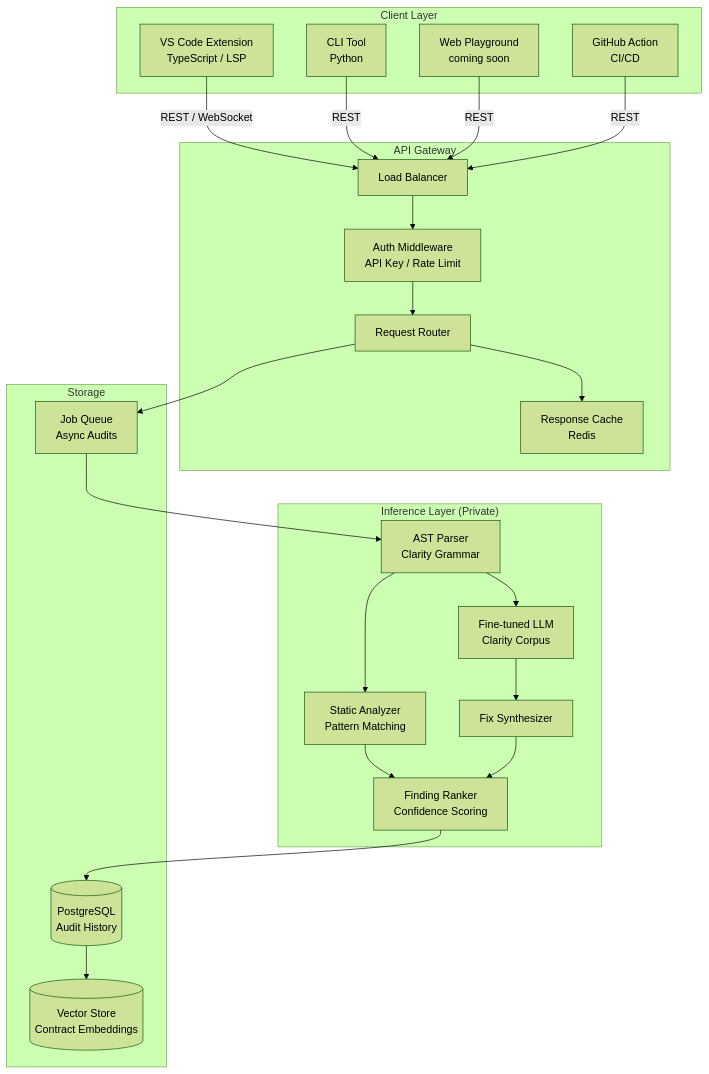
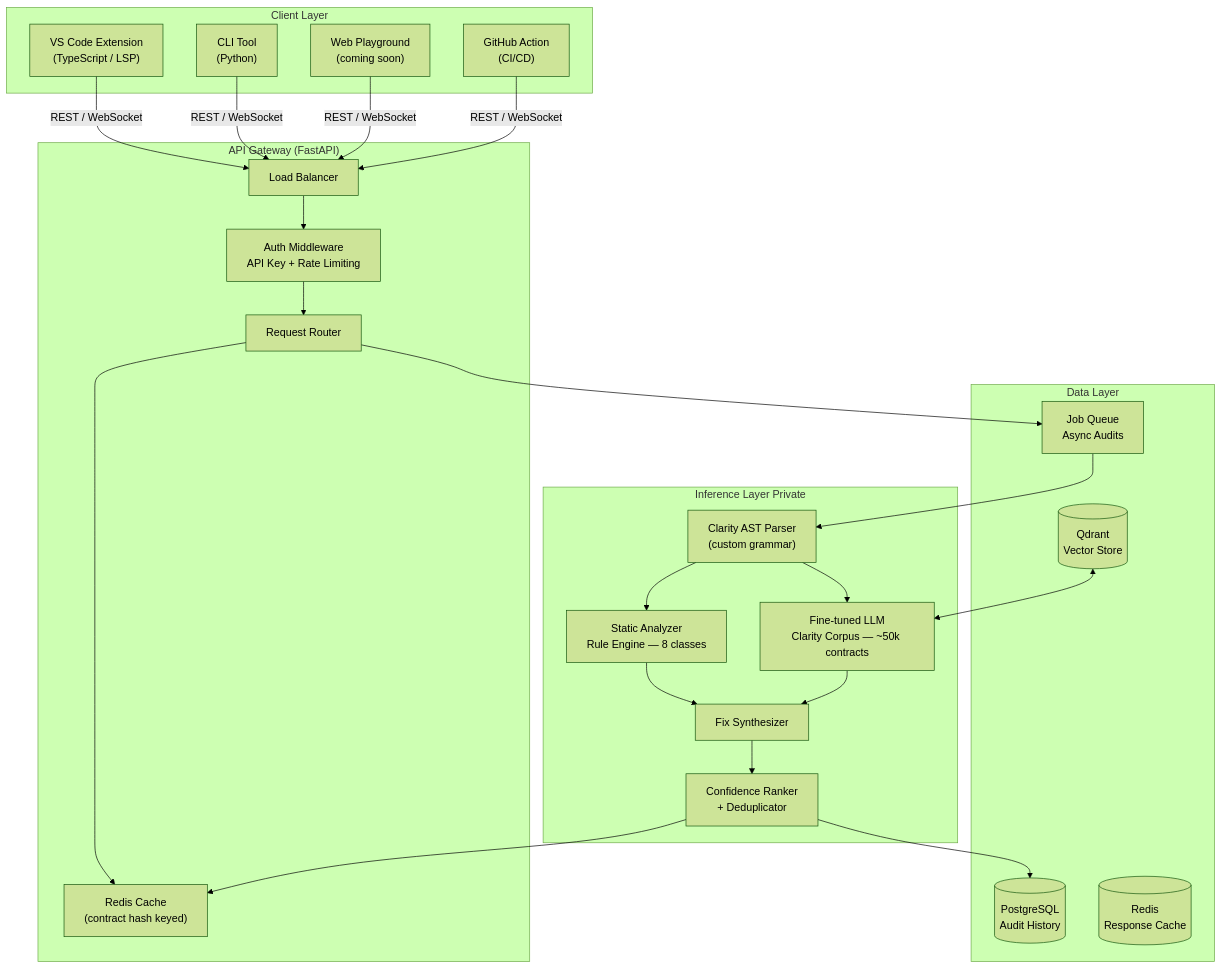
Before and after one commit to Nidhicodes/claritylens: the first of 8 diagrams in README.md, drawn with Mermaid (forest theme). The commit also changed other lines of this file, not shown here.

````diff
--- a/README.md
+++ b/README.md
@@ -64,50 +80,41 @@
 ```mermaid
 graph TB
     subgraph Clients["Client Layer"]
-        VSC[VS Code Extension\nTypeScript / LSP]
-        CLI[CLI Tool\nPython]
-        WEB[Web Playground\ncoming soon]
-        GHA[GitHub Action\nCI/CD]
+        VSC["VS Code Extension\n(TypeScript / LSP)"]
+        CLI["CLI Tool\n(Python)"]
+        WEB["Web Playground\n(coming soon)"]
+        GHA["GitHub Action\n(CI/CD)"]
     end
 
-    subgraph Gateway["API Gateway"]
-        LB[Load Balancer]
-        AUTH[Auth Middleware\nAPI Key / Rate Limit]
-        ROUTER[Request Router]
-        CACHE[Response Cache\nRedis]
+    subgraph Gateway["API Gateway (FastAPI)"]
+        LB["Load Balancer"]
+        AUTH["Auth Middleware\nAPI Key + Rate Limiting"]
+        ROUTER["Request Router"]
+        CACHE["Redis Cache\n(contract hash keyed)"]
     end
 
-    subgraph Inference["Inference Layer (Private)"]
-        AST[AST Parser\nClarity Grammar]
-        STATIC[Static Analyzer\nPattern Matching]
-        LLM[Fine-tuned LLM\nClarity Corpus]
-        SYNTH[Fix Synthesizer]
-        RANK[Finding Ranker\nConfidence Scoring]
+    subgraph Inference["Inference Layer Private"]
+        AST["Clarity AST Parser\n(custom grammar)"]
+        SA["Static Analyzer\nRule Engine — 8 classes"]
+        LLM["Fine-tuned LLM\nClarity Corpus — ~50k contracts"]
+        SYNTH["Fix Synthesizer"]
+        RANK["Confidence Ranker\n+ Deduplicator"]
     end
 
-    subgraph Storage["Storage"]
-        DB[(PostgreSQL\nAudit History)]
-        VECTOR[(Vector Store\nContract Embeddings)]
-        QUEUE[Job Queue\nAsync Audits]
+    subgraph Storage["Data Layer"]
+        PG[("PostgreSQL\nAudit History")]
+        REDIS[("Redis\nResponse Cache")]
+        QDRANT[("Qdrant\nVector Store")]
+        QUEUE["Job Queue\nAsync Audits"]
     end
 
-    VSC -->|REST / WebSocket| LB
-    CLI -->|REST| LB
-    WEB -->|REST| LB
-    GHA -->|REST| LB
-
-    LB --> AUTH
-    AUTH --> ROUTER
+    VSC & CLI & WEB & GHA -->|"REST / WebSocket"| LB
+    LB --> AUTH --> ROUTER
     ROUTER --> CACHE
     ROUTER --> QUEUE
-
     QUEUE --> AST
-    AST --> STATIC
-    AST --> LLM
-    STATIC --> RANK
-    LLM --> SYNTH
-    SYNTH --> RANK
-
-    RANK --> DB
-    DB --> VECTOR
+    AST --> SA & LLM
+    SA & LLM --> SYNTH --> RANK
+    RANK --> PG & CACHE
+    QDRANT <--> LLM
 ```
````
